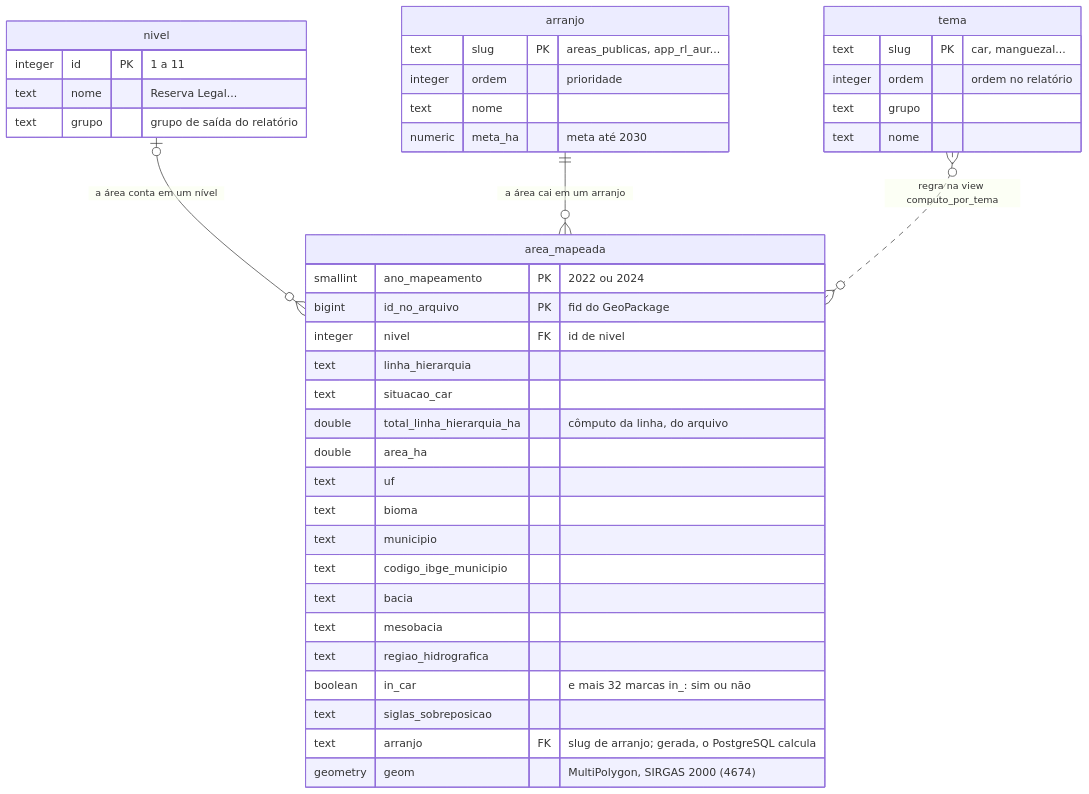
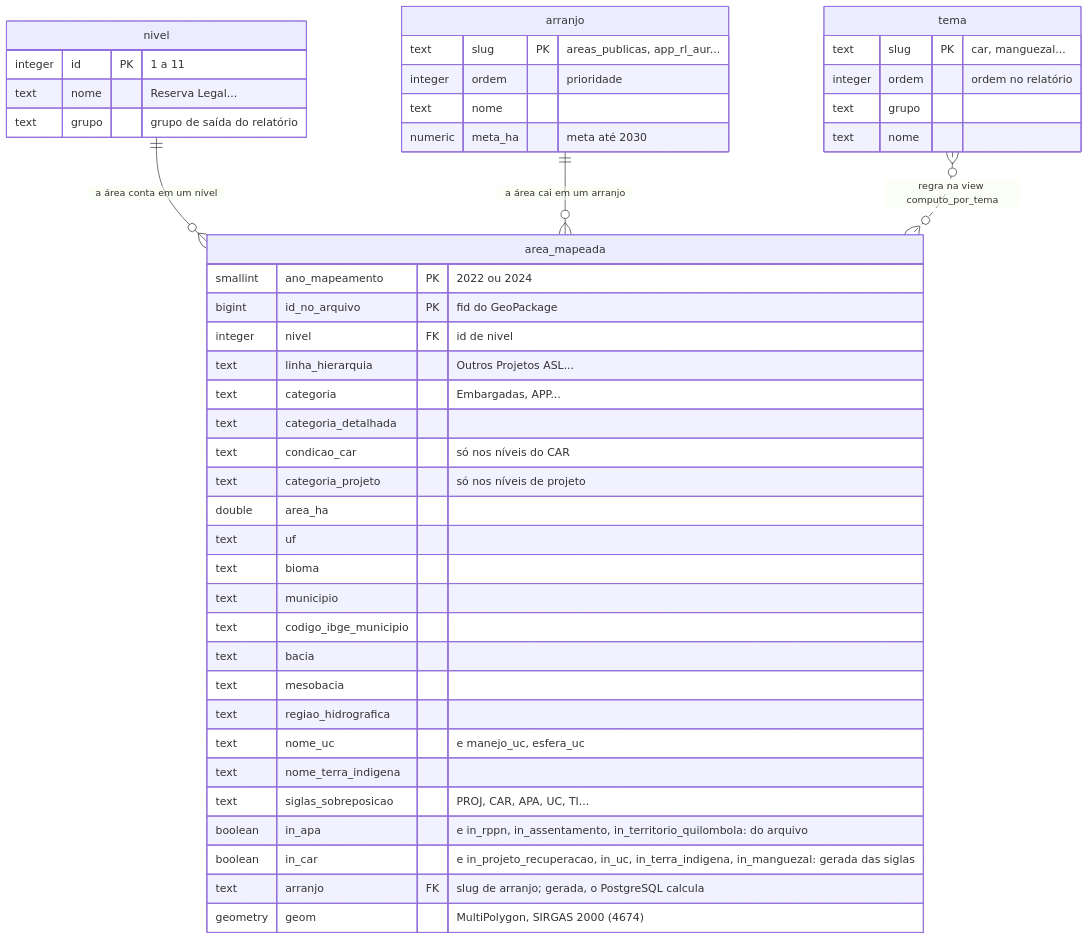
The first of 5 diagrams in diagramas.md (brunoksato/planaveg), drawn with Mermaid before and after one commit. The commit also changed other lines of this file and 4 other files, not shown here.

````diff
--- a/diagramas.md
+++ b/diagramas.md
@@ -11,44 +11,49 @@
 ```mermaid
 erDiagram
-    nivel |o--o{ area_mapeada : "a área conta em um nível"
+    nivel ||--o{ area_mapeada : "a área conta em um nível"
     arranjo ||--o{ area_mapeada : "a área cai em um arranjo"
     tema }o..o{ area_mapeada : "regra na view computo_por_tema"
 
     nivel {
         integer id PK "1 a 11"
         text nome "Reserva Legal..."
         text grupo "grupo de saída do relatório"
     }
     arranjo {
         text slug PK "areas_publicas, app_rl_aur..."
         integer ordem "prioridade"
         text nome
         numeric meta_ha "meta até 2030"
     }
     tema {
         text slug PK "car, manguezal..."
         integer ordem "ordem no relatório"
         text grupo
         text nome
     }
     area_mapeada {
         smallint ano_mapeamento PK "2022 ou 2024"
         bigint id_no_arquivo PK "fid do GeoPackage"
         integer nivel FK "id de nivel"
-        text linha_hierarquia
-        text situacao_car
-        double total_linha_hierarquia_ha "cômputo da linha, do arquivo"
+        text linha_hierarquia "Outros Projetos ASL..."
+        text categoria "Embargadas, APP..."
+        text categoria_detalhada
+        text condicao_car "só nos níveis do CAR"
+        text categoria_projeto "só nos níveis de projeto"
         double area_ha
         text uf
         text bioma
         text municipio
         text codigo_ibge_municipio
         text bacia
         text mesobacia
         text regiao_hidrografica
-        boolean in_car "e mais 32 marcas in_: sim ou não"
-        text siglas_sobreposicao
+        text nome_uc "e manejo_uc, esfera_uc"
+        text nome_terra_indigena
+        text siglas_sobreposicao "PROJ, CAR, APA, UC, TI..."
+        boolean in_apa "e in_rppn, in_assentamento, in_territorio_quilombola: do arquivo"
+        boolean in_car "e in_projeto_recuperacao, in_uc, in_terra_indigena, in_manguezal: gerada das siglas"
         text arranjo FK "slug de arranjo; gerada, o PostgreSQL calcula"
         geometry geom "MultiPolygon, SIRGAS 2000 (4674)"
     }
 ```
````
